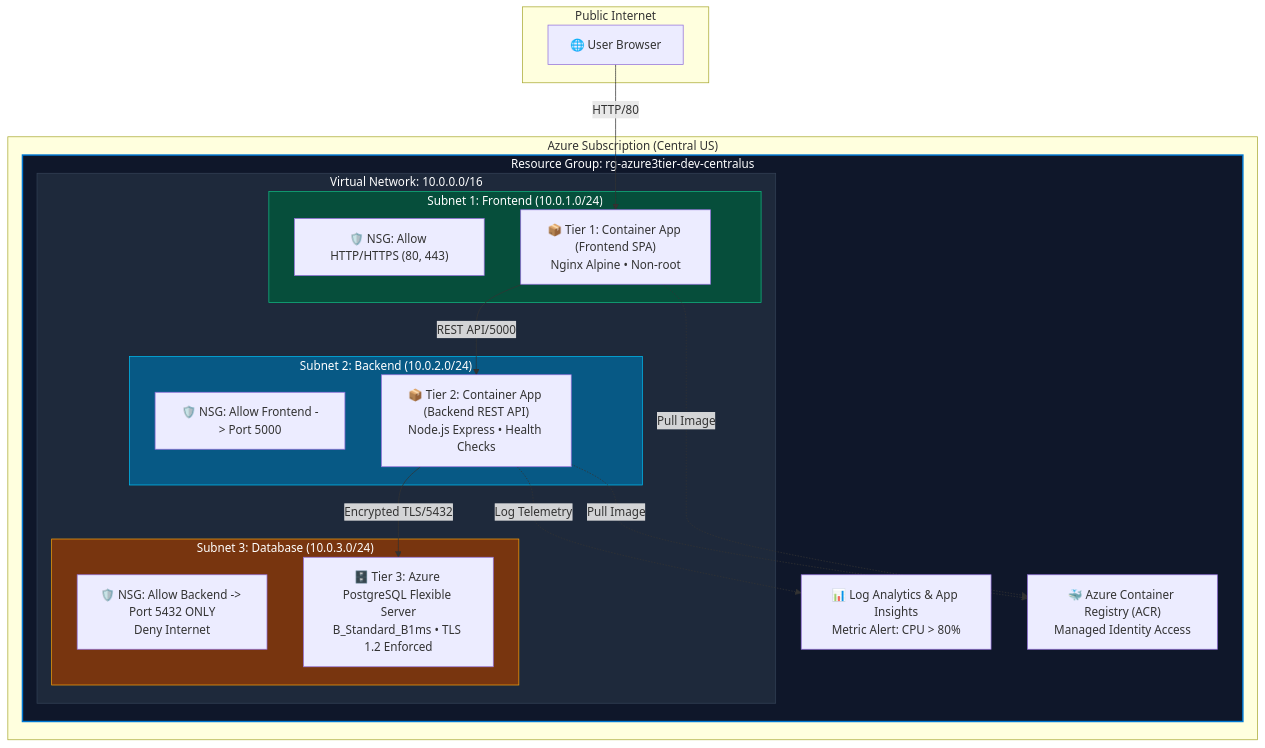
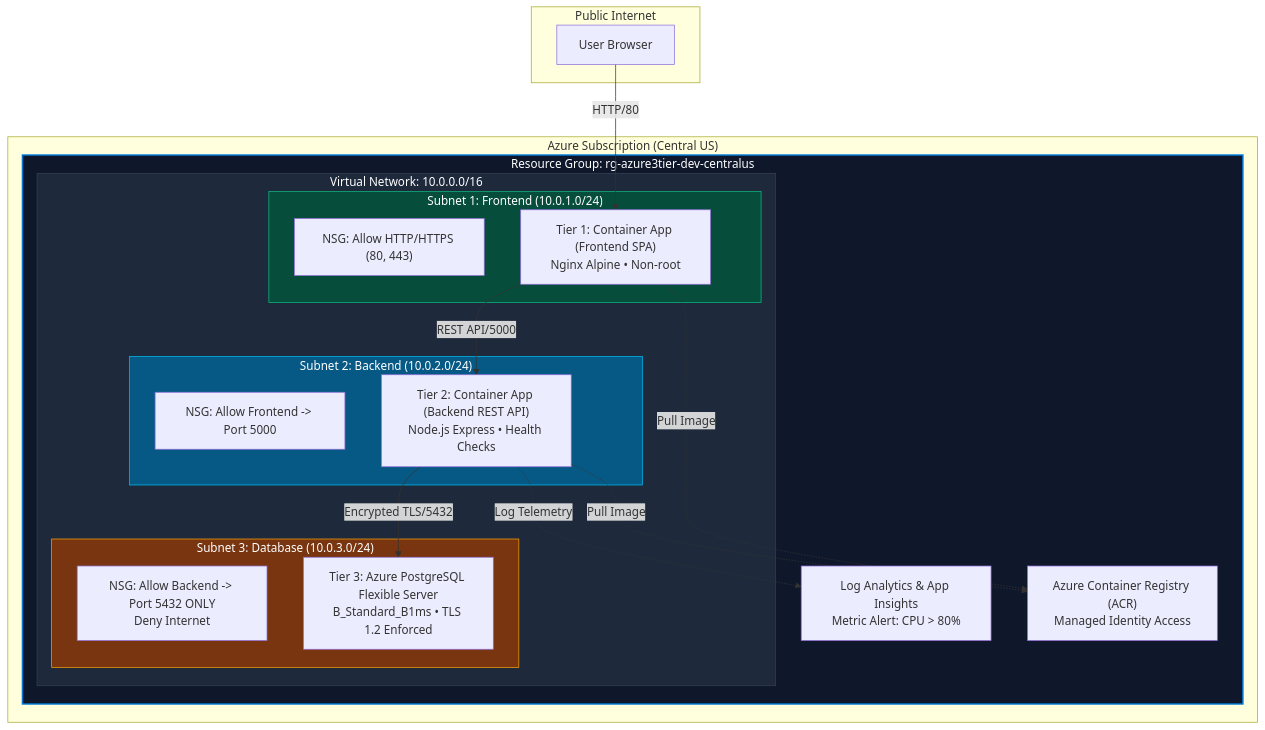
The diagram in README.md (ezzattarek14/Azure-project), drawn with Mermaid before and after one commit. The commit also changed other lines of this file, not shown here.

Commit message:
Refactor README.md
Updated section headings and removed emojis for consistency.

````diff
--- a/README.md
+++ b/README.md
@@ -17,47 +17,47 @@
 ```mermaid
 graph TD
     subgraph Client["Public Internet"]
-        User["🌐 User Browser"]
+        User[" User Browser"]
     end
 
     subgraph Azure["Azure Subscription (Central US)"]
         subgraph RG["Resource Group: rg-azure3tier-dev-centralus"]
             
             subgraph VNet["Virtual Network: 10.0.0.0/16"]
                 
                 subgraph Snet1["Subnet 1: Frontend (10.0.1.0/24)"]
-                    NSG1["🛡️ NSG: Allow HTTP/HTTPS (80, 443)"]
-                    CA_FE["📦 Tier 1: Container App (Frontend SPA)<br/>Nginx Alpine • Non-root"]
+                    NSG1[" NSG: Allow HTTP/HTTPS (80, 443)"]
+                    CA_FE[" Tier 1: Container App (Frontend SPA)<br/>Nginx Alpine • Non-root"]
                 end
                 
                 subgraph Snet2["Subnet 2: Backend (10.0.2.0/24)"]
-                    NSG2["🛡️ NSG: Allow Frontend -> Port 5000"]
-                    CA_BE["📦 Tier 2: Container App (Backend REST API)<br/>Node.js Express • Health Checks"]
+                    NSG2[" NSG: Allow Frontend -> Port 5000"]
+                    CA_BE[" Tier 2: Container App (Backend REST API)<br/>Node.js Express • Health Checks"]
                 end
                 
                 subgraph Snet3["Subnet 3: Database (10.0.3.0/24)"]
-                    NSG3["🛡️ NSG: Allow Backend -> Port 5432 ONLY<br/>Deny Internet"]
-                    PG_DB["🗄️ Tier 3: Azure PostgreSQL Flexible Server<br/>B_Standard_B1ms • TLS 1.2 Enforced"]
+                    NSG3[" NSG: Allow Backend -> Port 5432 ONLY<br/>Deny Internet"]
+                    PG_DB[" Tier 3: Azure PostgreSQL Flexible Server<br/>B_Standard_B1ms • TLS 1.2 Enforced"]
                 end
 
             end
             
-            ACR["🐳 Azure Container Registry (ACR)<br/>Managed Identity Access"]
-            MON["📊 Log Analytics & App Insights<br/>Metric Alert: CPU > 80%"]
+            ACR[" Azure Container Registry (ACR)<br/>Managed Identity Access"]
+            MON[" Log Analytics & App Insights<br/>Metric Alert: CPU > 80%"]
 
         end
     end
 
     User -->|HTTP/80| CA_FE
     CA_FE -->|REST API/5000| CA_BE
     CA_BE -->|Encrypted TLS/5432| PG_DB
     CA_BE -.->|Log Telemetry| MON
     CA_FE -.->|Pull Image| ACR
     CA_BE -.->|Pull Image| ACR
 
     style RG fill:#0f172a,stroke:#0078d4,stroke-width:2px,color:#fff
     style VNet fill:#1e293b,stroke:#334155,stroke-width:1px,color:#fff
     style Snet1 fill:#064e3b,stroke:#10b981,stroke-width:1px,color:#fff
     style Snet2 fill:#075985,stroke:#00bcf2,stroke-width:1px,color:#fff
     style Snet3 fill:#78350f,stroke:#f59e0b,stroke-width:1px,color:#fff
 ```
````
